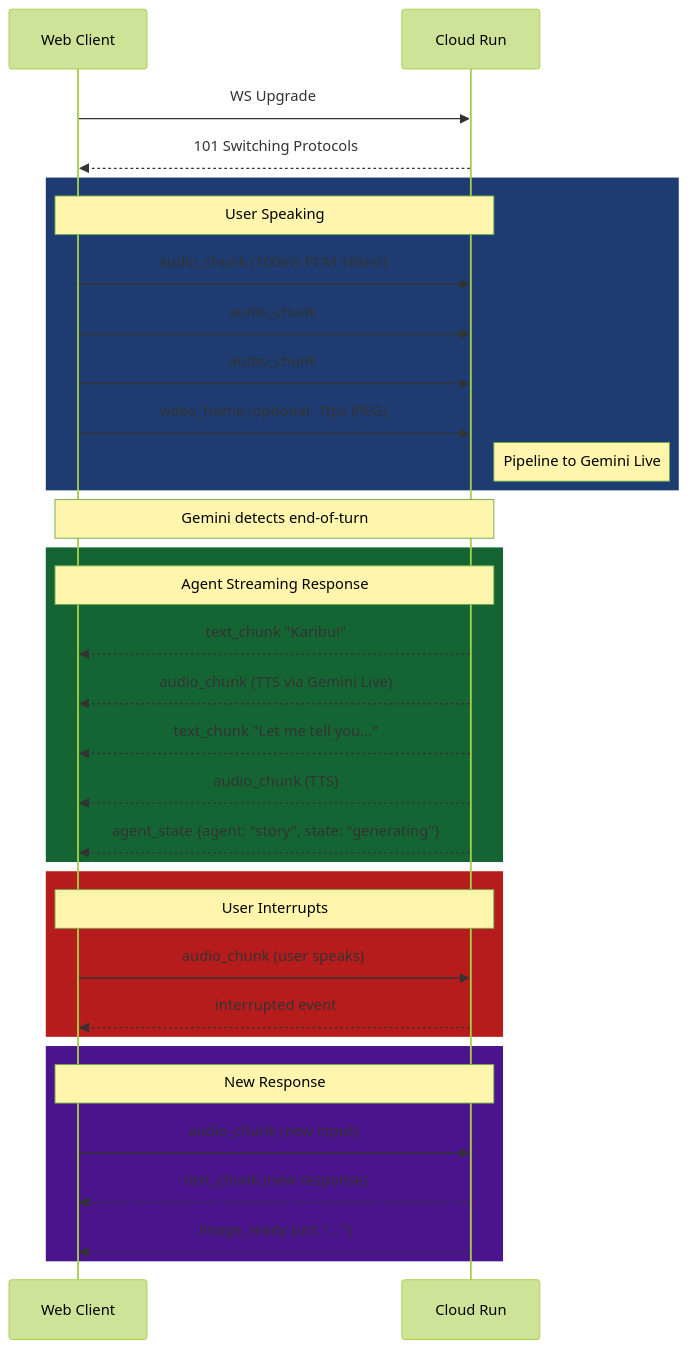
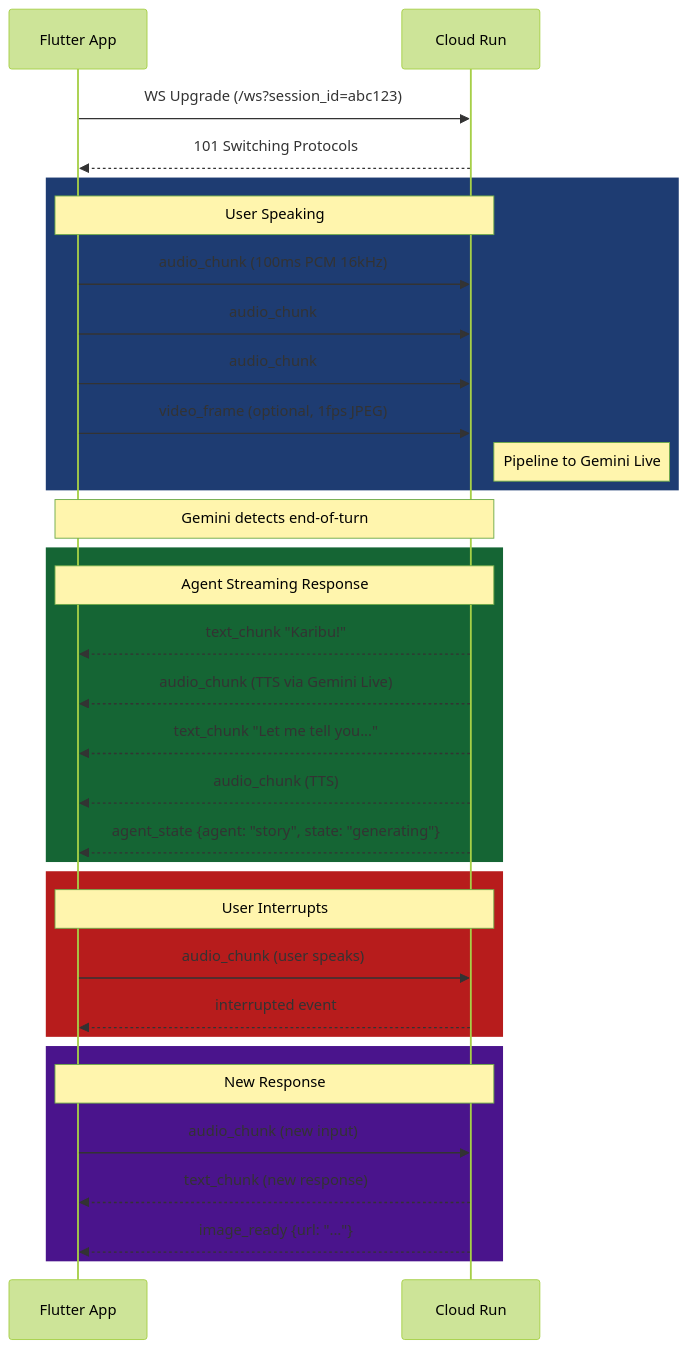
The sixth of 13 diagrams in docs/ARCHITECTURE.md (AbraImani/hadithiAI_orchestrator), drawn with Mermaid (forest theme) before and after one commit. The commit also changed other lines of this file and 10 other files, not shown here.

````diff
--- a/docs/ARCHITECTURE.md
+++ b/docs/ARCHITECTURE.md
@@ -818,41 +881,41 @@
 ```mermaid
 sequenceDiagram
-  participant Client as Web Client
+  participant Client as Flutter App
   participant Server as Cloud Run
 
-  Client->>Server: WS Upgrade
+  Client->>Server: WS Upgrade (/ws?session_id=abc123)
   Server-->>Client: 101 Switching Protocols
 
   rect rgb(30, 60, 114)
     Note over Client,Server: User Speaking
     Client->>Server: audio_chunk (100ms PCM 16kHz)
     Client->>Server: audio_chunk
     Client->>Server: audio_chunk
     Client->>Server: video_frame (optional, 1fps JPEG)
     Note right of Server: Pipeline to Gemini Live
   end
 
   Note over Client,Server: Gemini detects end-of-turn
 
   rect rgb(21, 101, 52)
     Note over Client,Server: Agent Streaming Response
     Server-->>Client: text_chunk "Karibu!"
     Server-->>Client: audio_chunk (TTS via Gemini Live)
     Server-->>Client: text_chunk "Let me tell you..."
     Server-->>Client: audio_chunk (TTS)
     Server-->>Client: agent_state {agent: "story", state: "generating"}
   end
 
   rect rgb(183, 28, 28)
     Note over Client,Server: User Interrupts
     Client->>Server: audio_chunk (user speaks)
     Server-->>Client: interrupted event
   end
 
   rect rgb(74, 20, 140)
     Note over Client,Server: New Response
     Client->>Server: audio_chunk (new input)
     Server-->>Client: text_chunk (new response)
     Server-->>Client: image_ready {url: "..."}
   end
 ```
````
